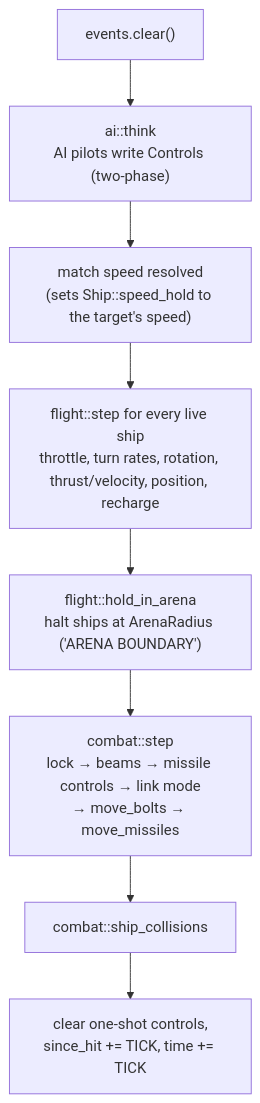
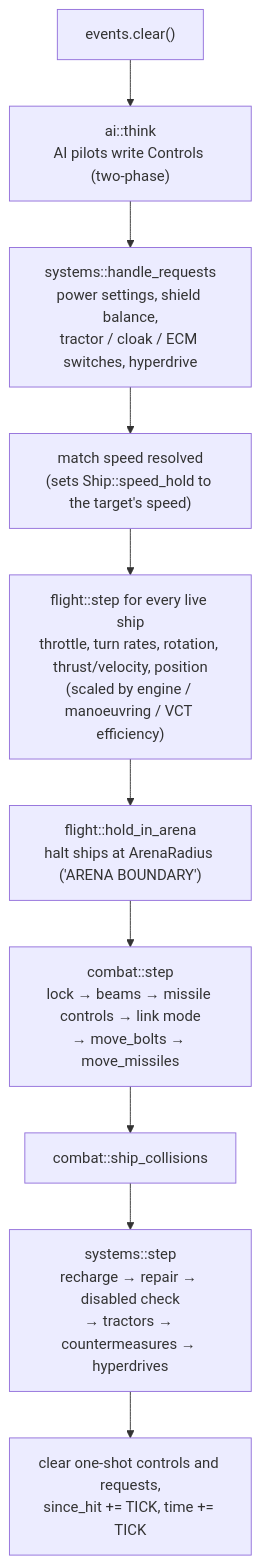
One commit to bbogovich/OpenInterceptor changed the first of 3 diagrams in docs/architecture/sim.md. Above: the diagram before and after it, drawn with Mermaid. The commit also changed other lines of this file and 36 other files, not shown here.

Commit message:
Site 0.5.0: Stage 2 part 1 (systems, power, controls menu, campaigns, default campaign)

````diff
--- a/docs/architecture/sim.md
+++ b/docs/architecture/sim.md
@@ -12,10 +13,12 @@
 ```mermaid
 flowchart TD
     A["events.clear()"] --> B["ai::think<br/>AI pilots write Controls (two-phase)"]
-    B --> C["match speed resolved<br/>(sets Ship::speed_hold to the target's speed)"]
-    C --> D["flight::step for every live ship<br/>throttle, turn rates, rotation, thrust/velocity, position, recharge"]
+    B --> B2["systems::handle_requests<br/>power settings, shield balance,<br/>tractor / cloak / ECM switches, hyperdrive"]
+    B2 --> C["match speed resolved<br/>(sets Ship::speed_hold to the target's speed)"]
+    C --> D["flight::step for every live ship<br/>throttle, turn rates, rotation, thrust/velocity, position<br/>(scaled by engine / manoeuvring / VCT efficiency)"]
     D --> D2["flight::hold_in_arena<br/>halt ships at ArenaRadius ('ARENA BOUNDARY')"]
     D2 --> E["combat::step<br/>lock → beams → missile controls → link mode<br/>→ move_bolts → move_missiles"]
     E --> F["combat::ship_collisions"]
-    F --> G["clear one-shot controls,<br/>since_hit += TICK, time += TICK"]
+    F --> S["systems::step<br/>recharge → repair → disabled check<br/>→ tractors → countermeasures → hyperdrives"]
+    S --> G["clear one-shot controls and requests,<br/>since_hit += TICK, time += TICK"]
 ```
````
